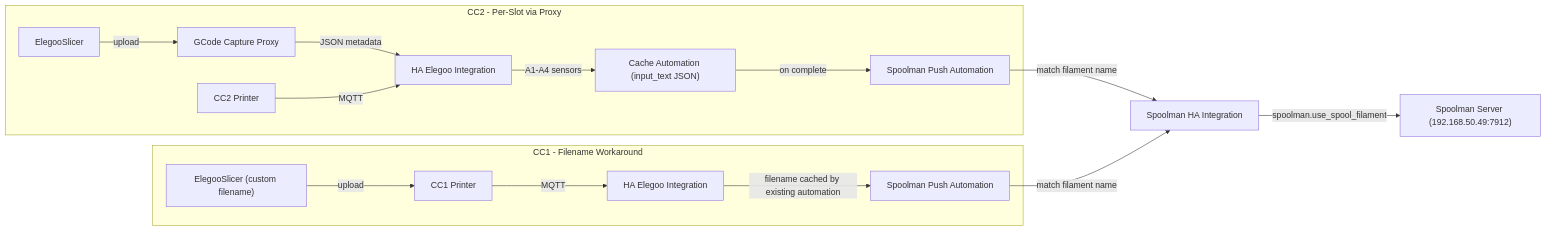
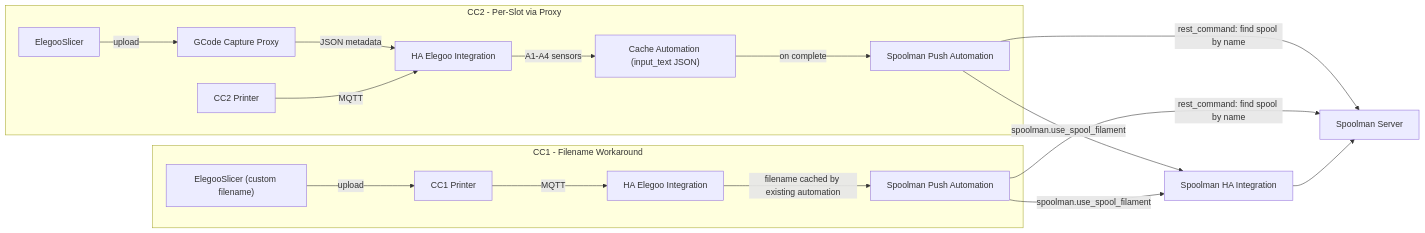
One commit to danielcherubini/elegoo-homeassistant changed the diagram in SPOOLMAN.md. Above: the diagram before and after it, drawn with Mermaid. The commit also changed other lines of this file and 1 other file, not shown here.

Commit message:
Upadate Spoolman notes

````diff
--- a/SPOOLMAN.md
+++ b/SPOOLMAN.md
@@ -24,20 +25,24 @@
 ```mermaid
 flowchart LR
   subgraph cc2Flow [CC2 - Per-Slot via Proxy]
     Slicer2[ElegooSlicer] -->|upload| Proxy[GCode Capture Proxy]
     Proxy -->|JSON metadata| HAElegoo2[HA Elegoo Integration]
     CC2Printer[CC2 Printer] -->|MQTT| HAElegoo2
     HAElegoo2 -->|"A1-A4 sensors"| Cache2["Cache Automation (input_text JSON)"]
     Cache2 -->|"on complete"| Auto2[Spoolman Push Automation]
   end
 
   subgraph cc1Flow [CC1 - Filename Workaround]
     Slicer1["ElegooSlicer (custom filename)"] -->|upload| CC1Printer[CC1 Printer]
     CC1Printer -->|MQTT| HAElegoo1[HA Elegoo Integration]
     HAElegoo1 -->|"filename cached by existing automation"| Auto1[Spoolman Push Automation]
   end
 
-  Auto2 -->|"match filament name"| SpoolmanHA[Spoolman HA Integration]
-  Auto1 -->|"match filament name"| SpoolmanHA
-  SpoolmanHA -->|"spoolman.use_spool_filament"| SpoolmanServer["Spoolman Server (192.168.50.49:7912)"]
+  SpoolmanServer["Spoolman Server"]
+
+  Auto2 -->|"rest_command: find spool by name"| SpoolmanServer
+  Auto1 -->|"rest_command: find spool by name"| SpoolmanServer
+  Auto2 -->|"spoolman.use_spool_filament"| SpoolmanHA[Spoolman HA Integration]
+  Auto1 -->|"spoolman.use_spool_filament"| SpoolmanHA
+  SpoolmanHA --> SpoolmanServer
 ```
````
